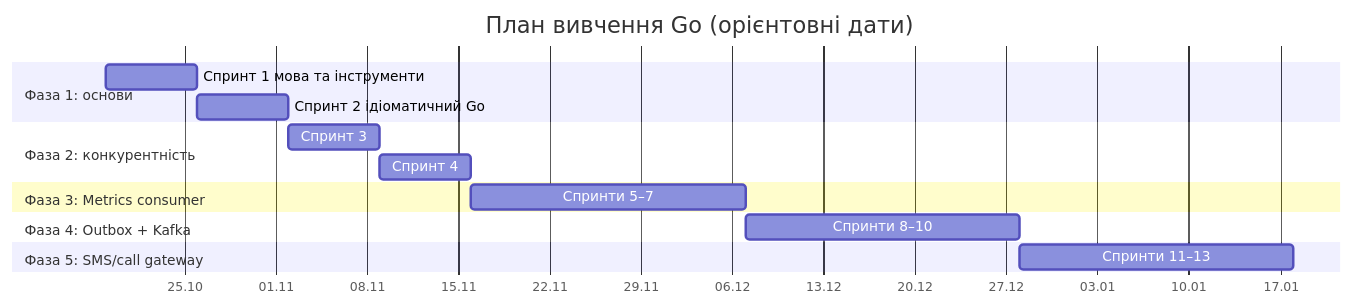
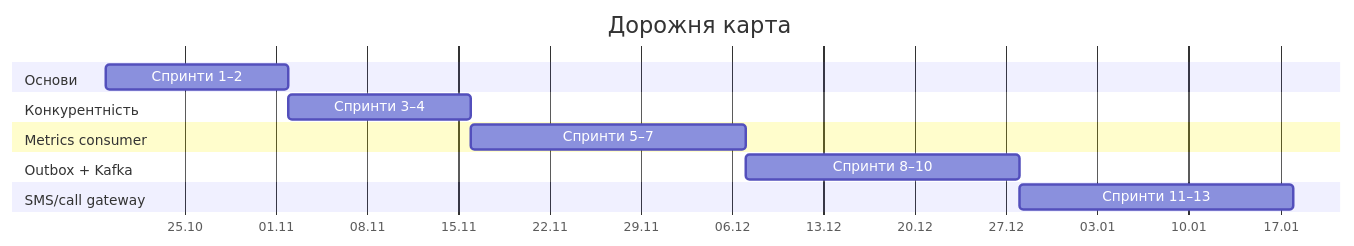
The diagram in README.md (AlexSol/go-developer-diary), drawn with Mermaid before and after one commit. The commit also changed other lines of this file, not shown here.

````diff
--- a/README.md
+++ b/README.md
@@ -24,18 +24,16 @@
 ```mermaid
 gantt
-    title План вивчення Go (орієнтовні дати)
+    title Дорожня карта
     dateFormat YYYY-MM-DD
     axisFormat %d.%m
-    section Фаза 1: основи
-    Спринт 1 мова та інструменти :s1, 2026-10-19, 7d
-    Спринт 2 ідіоматичний Go     :s2, after s1, 7d
-    section Фаза 2: конкурентність
-    Спринт 3                       :s3, after s2, 7d
-    Спринт 4                       :s4, after s3, 7d
-    section Фаза 3: Metrics consumer
-    Спринти 5–7                    :p3, after s4, 21d
-    section Фаза 4: Outbox + Kafka
-    Спринти 8–10                   :p4, after p3, 21d
-    section Фаза 5: SMS/call gateway
-    Спринти 11–13                  :p5, after p4, 21d
+    section Основи
+    Спринти 1–2           :f1, 2026-10-19, 14d
+    section Конкурентність
+    Спринти 3–4           :f2, after f1, 14d
+    section Metrics consumer
+    Спринти 5–7           :f3, after f2, 21d
+    section Outbox + Kafka
+    Спринти 8–10          :f4, after f3, 21d
+    section SMS/call gateway
+    Спринти 11–13         :f5, after f4, 21d
 ```
````
